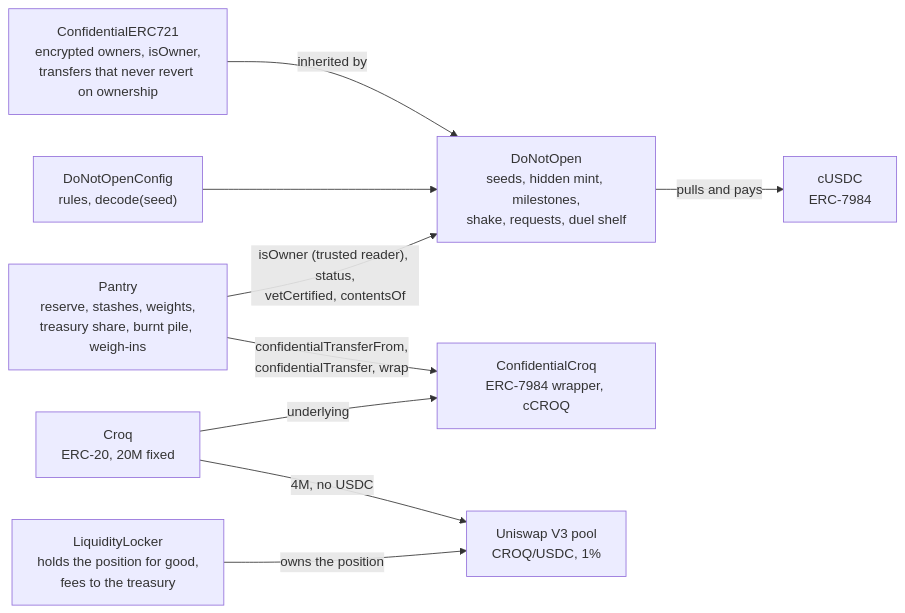
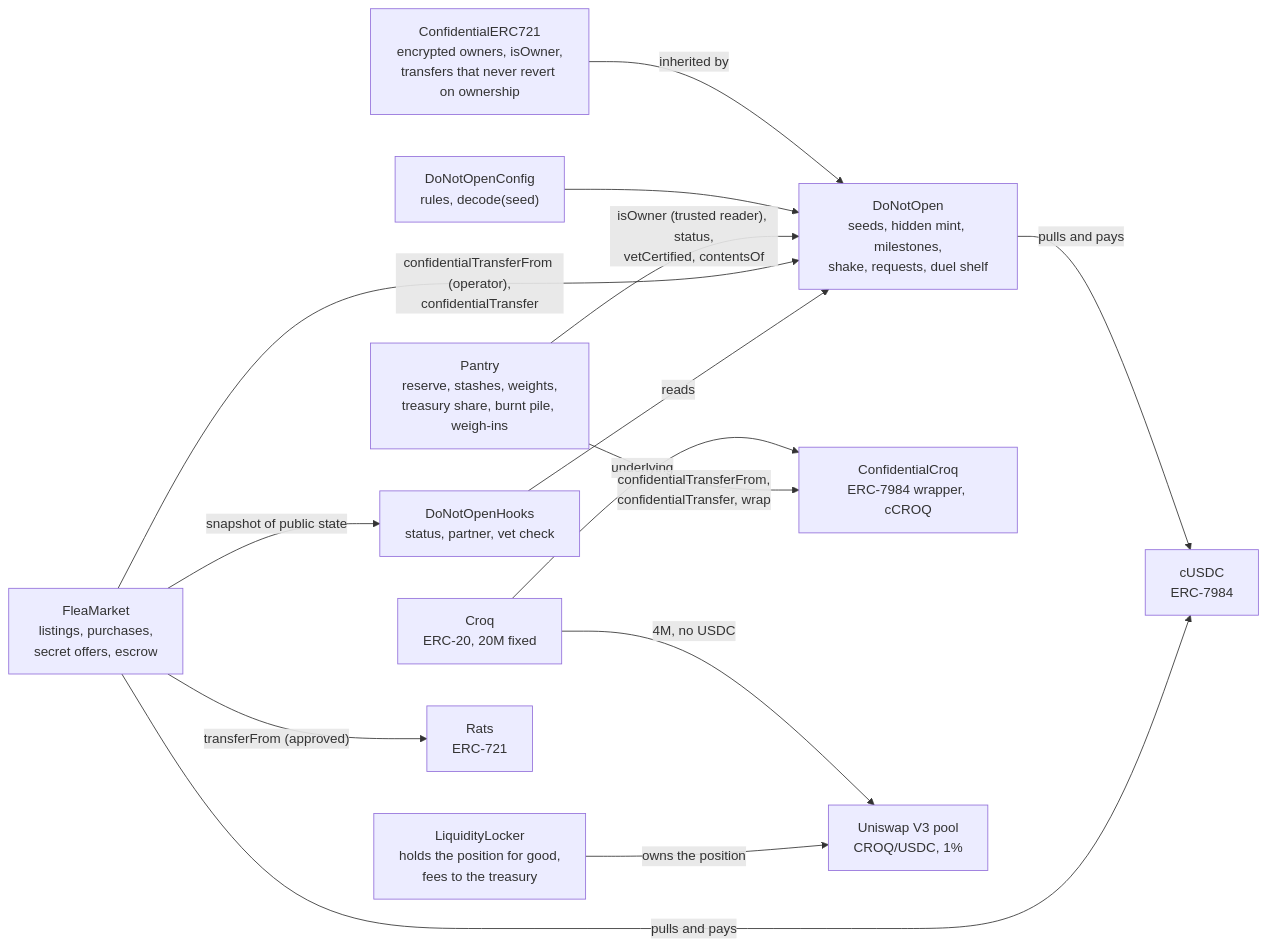
One commit to jecombe/do_not_open changed the third of 6 diagrams in docs/ARCHITECTURE.md. Above: the diagram before and after it, drawn with Mermaid. The commit also changed other lines of this file and 53 other files, not shown here.

Commit message:
Open the flea market, where players sell boxes, cats and rats in cUSDC at a public price or to a secret offer

````diff
--- a/docs/ARCHITECTURE.md
+++ b/docs/ARCHITECTURE.md
@@ -66,11 +67,16 @@
 ```mermaid
 flowchart LR
   base["ConfidentialERC721<br/>encrypted owners, isOwner,<br/>transfers that never revert on ownership"] -- "inherited by" --> dno
   cfg["DoNotOpenConfig<br/>rules, decode(seed)"] --> dno["DoNotOpen<br/>seeds, hidden mint, milestones,<br/>shake, requests, duel shelf"]
   dno -- "pulls and pays" --> cusdc["cUSDC<br/>ERC-7984"]
   croq["Croq<br/>ERC-20, 20M fixed"] -- "underlying" --> ccroq["ConfidentialCroq<br/>ERC-7984 wrapper, cCROQ"]
   pantry["Pantry<br/>reserve, stashes, weights,<br/>treasury share, burnt pile, weigh-ins"] -- "isOwner (trusted reader), status,<br/>vetCertified, contentsOf" --> dno
   pantry -- "confidentialTransferFrom,<br/>confidentialTransfer, wrap" --> ccroq
   croq -- "4M, no USDC" --> pool["Uniswap V3 pool<br/>CROQ/USDC, 1%"]
   locker["LiquidityLocker<br/>holds the position for good,<br/>fees to the treasury"] -- "owns the position" --> pool
+  flea["FleaMarket<br/>listings, purchases,<br/>secret offers, escrow"] -- "confidentialTransferFrom (operator),<br/>confidentialTransfer" --> dno
+  flea -- "snapshot of public state" --> hooks["DoNotOpenHooks<br/>status, partner, vet check"]
+  hooks -- "reads" --> dno
+  flea -- "transferFrom (approved)" --> rats["Rats<br/>ERC-721"]
+  flea -- "pulls and pays" --> cusdc
 ```
````
